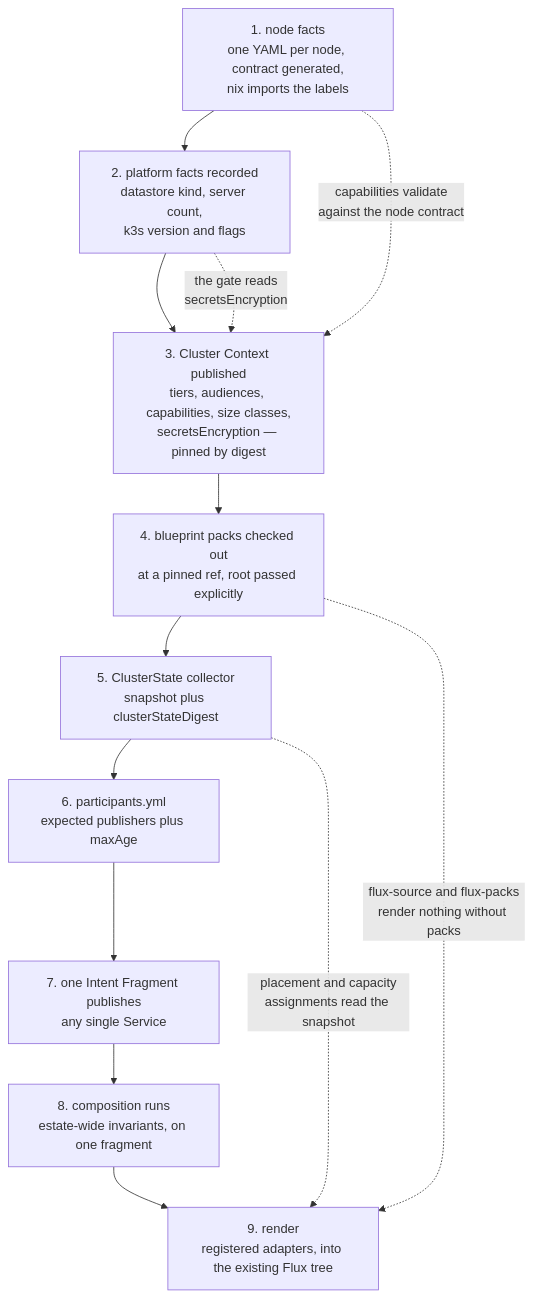
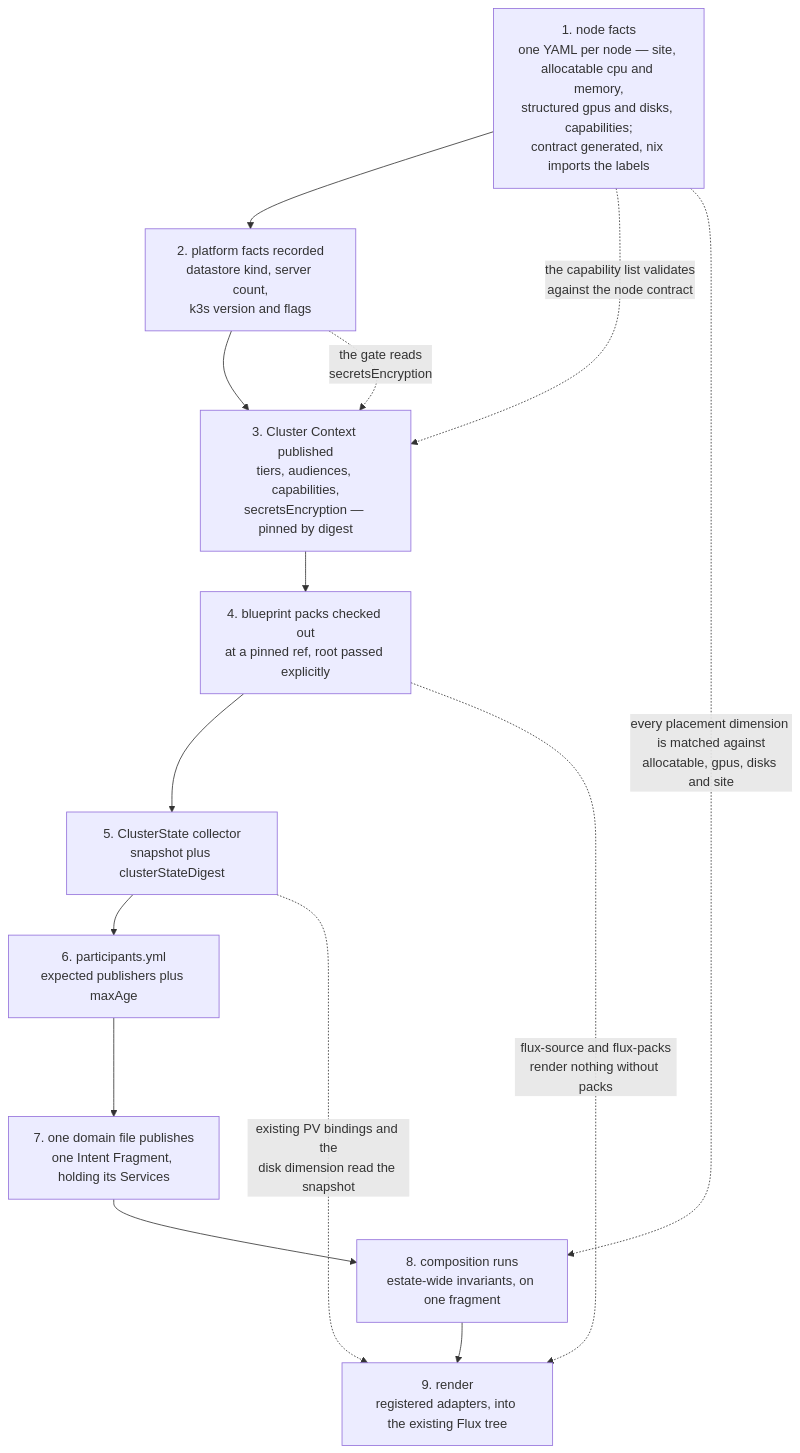
Before and after one commit to JorisJonkers-dev/deploy-kit: the diagram in spec/v1/60-setup.md, drawn with Mermaid. The commit also changed other lines of this file and 43 other files, not shown here.

First line of the commit message:
feat!: placement dimensions and one intent file per domain (#9)

````diff
--- a/spec/v1/60-setup.md
+++ b/spec/v1/60-setup.md
@@ -20,18 +20,19 @@
 ```mermaid
 flowchart TB
-    A["1. node facts<br/>one YAML per node, contract generated,<br/>nix imports the labels"]
+    A["1. node facts<br/>one YAML per node — site, allocatable cpu and memory,<br/>structured gpus and disks, capabilities;<br/>contract generated, nix imports the labels"]
     B["2. platform facts recorded<br/>datastore kind, server count,<br/>k3s version and flags"]
-    C["3. Cluster Context published<br/>tiers, audiences, capabilities, size classes,<br/>secretsEncryption — pinned by digest"]
+    C["3. Cluster Context published<br/>tiers, audiences, capabilities,<br/>secretsEncryption — pinned by digest"]
     D["4. blueprint packs checked out<br/>at a pinned ref, root passed explicitly"]
     E["5. ClusterState collector<br/>snapshot plus clusterStateDigest"]
     F["6. participants.yml<br/>expected publishers plus maxAge"]
-    G["7. one Intent Fragment publishes<br/>any single Service"]
+    G["7. one domain file publishes<br/>one Intent Fragment, holding its Services"]
     H["8. composition runs<br/>estate-wide invariants, on one fragment"]
     I["9. render<br/>registered adapters, into the existing Flux tree"]
 
     A --> B --> C --> D --> E --> F --> G --> H --> I
-    A -.->|"capabilities validate<br/>against the node contract"| C
+    A -.->|"the capability list validates<br/>against the node contract"| C
+    A -.->|"every placement dimension is matched against<br/>allocatable, gpus, disks and site"| H
     B -.->|"the gate reads<br/>secretsEncryption"| C
     D -.->|"flux-source and flux-packs<br/>render nothing without packs"| I
-    E -.->|"placement and capacity<br/>assignments read the snapshot"| I
+    E -.->|"existing PV bindings and the<br/>disk dimension read the snapshot"| I
 ```
````
